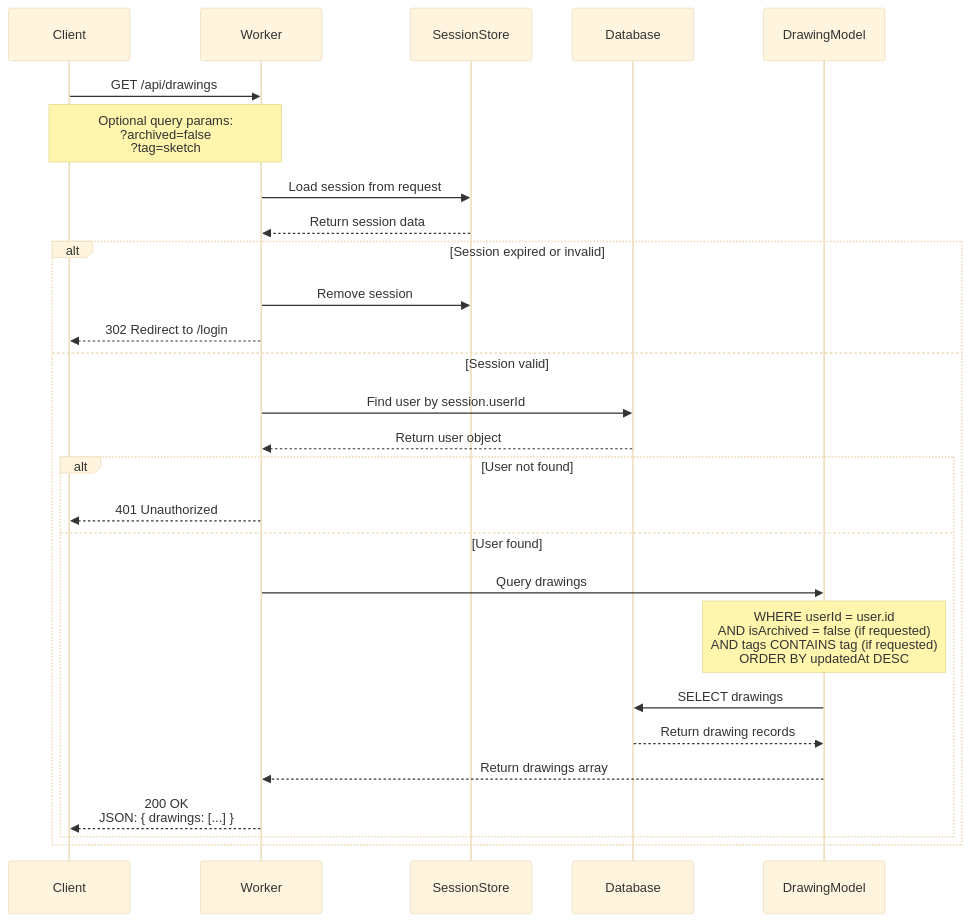
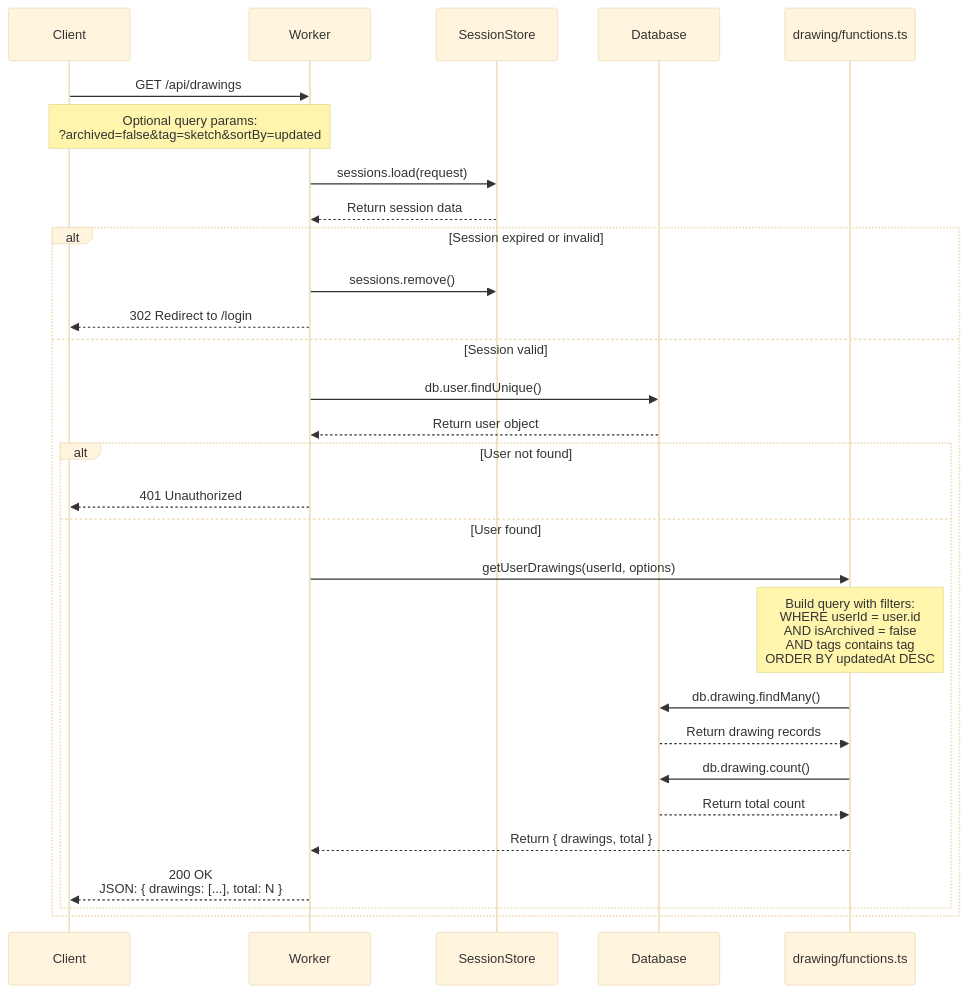
The third of 4 diagrams in DRAWING_API_DOCUMENTATION.md (pddhkt/excalidraw-redwood-app), drawn with Mermaid (base theme) before and after one commit. The commit also changed other lines of this file, not shown here.

First line of the commit message:
Add function names to all sequence diagrams

````diff
--- a/DRAWING_API_DOCUMENTATION.md
+++ b/DRAWING_API_DOCUMENTATION.md
@@ -308,35 +309,37 @@
 ```mermaid
 sequenceDiagram
     participant Client
     participant Worker
     participant SessionStore
     participant Database
-    participant DrawingModel
+    participant Functions as drawing/functions.ts
 
     Client->>Worker: GET /api/drawings
-    Note over Client,Worker: Optional query params:<br/>?archived=false<br/>?tag=sketch
+    Note over Client,Worker: Optional query params:<br/>?archived=false&tag=sketch&sortBy=updated
 
-    Worker->>SessionStore: Load session from request
+    Worker->>SessionStore: sessions.load(request)
     SessionStore-->>Worker: Return session data
 
     alt Session expired or invalid
-        Worker->>SessionStore: Remove session
+        Worker->>SessionStore: sessions.remove()
         Worker-->>Client: 302 Redirect to /login
     else Session valid
-        Worker->>Database: Find user by session.userId
+        Worker->>Database: db.user.findUnique()
         Database-->>Worker: Return user object
 
         alt User not found
             Worker-->>Client: 401 Unauthorized
         else User found
-            Worker->>DrawingModel: Query drawings
-            Note over DrawingModel: WHERE userId = user.id<br/>AND isArchived = false (if requested)<br/>AND tags CONTAINS tag (if requested)<br/>ORDER BY updatedAt DESC
+            Worker->>Functions: getUserDrawings(userId, options)
+            Note over Functions: Build query with filters:<br/>WHERE userId = user.id<br/>AND isArchived = false<br/>AND tags contains tag<br/>ORDER BY updatedAt DESC
 
-            DrawingModel->>Database: SELECT drawings
-            Database-->>DrawingModel: Return drawing records
-            DrawingModel-->>Worker: Return drawings array
+            Functions->>Database: db.drawing.findMany()
+            Database-->>Functions: Return drawing records
+            Functions->>Database: db.drawing.count()
+            Database-->>Functions: Return total count
+            Functions-->>Worker: Return { drawings, total }
 
-            Worker-->>Client: 200 OK<br/>JSON: { drawings: [...] }
+            Worker-->>Client: 200 OK<br/>JSON: { drawings: [...], total: N }
         end
     end
 ```
````
